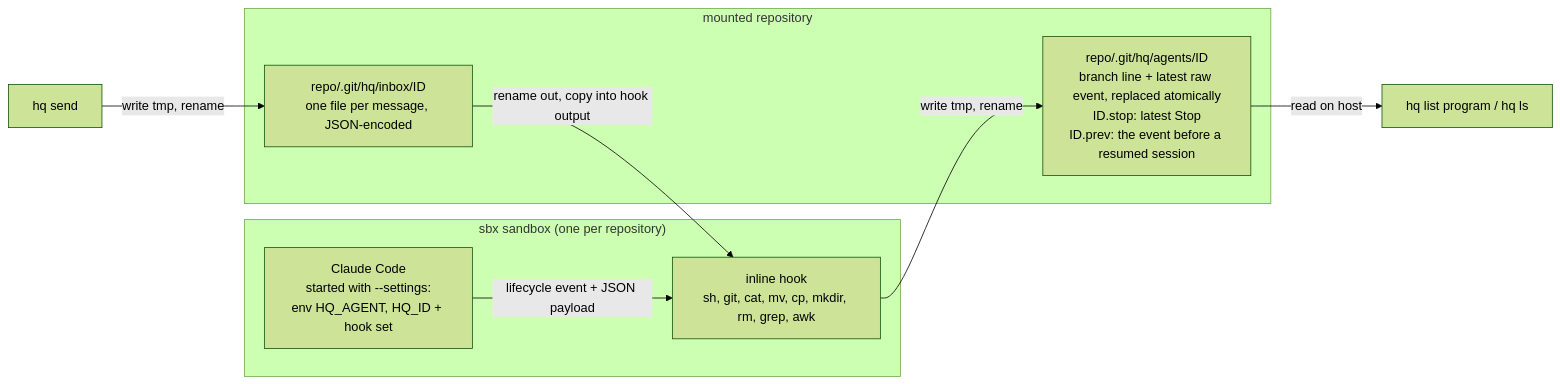
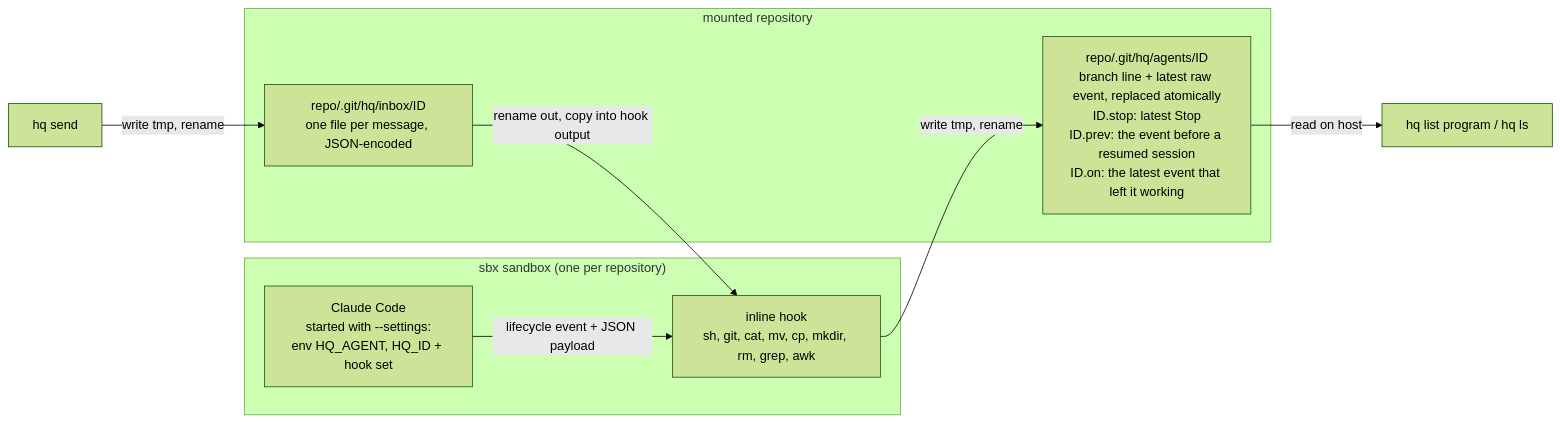
Before and after one commit to rkrysinski/hq: the second of 4 diagrams in docs/design/hq.md, drawn with Mermaid (forest theme). The commit also changed other lines of this file and 21 other files, not shown here.

````diff
--- a/docs/design/hq.md
+++ b/docs/design/hq.md
@@ -83,16 +83,16 @@
 ```mermaid
 flowchart LR
     subgraph SB["sbx sandbox (one per repository)"]
         C["Claude Code<br/>started with --settings:<br/>env HQ_AGENT, HQ_ID + hook set"]
         K["inline hook<br/>sh, git, cat, mv, cp, mkdir, rm, grep, awk"]
         C -- "lifecycle event + JSON payload" --> K
     end
     subgraph RP["mounted repository"]
-        F["repo/.git/hq/agents/ID<br/>branch line + latest raw event, replaced atomically<br/>ID.stop: latest Stop<br/>ID.prev: the event before a resumed session"]
+        F["repo/.git/hq/agents/ID<br/>branch line + latest raw event, replaced atomically<br/>ID.stop: latest Stop<br/>ID.prev: the event before a resumed session<br/>ID.on: the latest event that left it working"]
         I["repo/.git/hq/inbox/ID<br/>one file per message, JSON-encoded"]
     end
     K -- "write tmp, rename" --> F
     F -- "read on host" --> LP["hq list program / hq ls"]
     SEND["hq send"] -- "write tmp, rename" --> I
     I -- "rename out, copy into hook output" --> K
 ```
````
